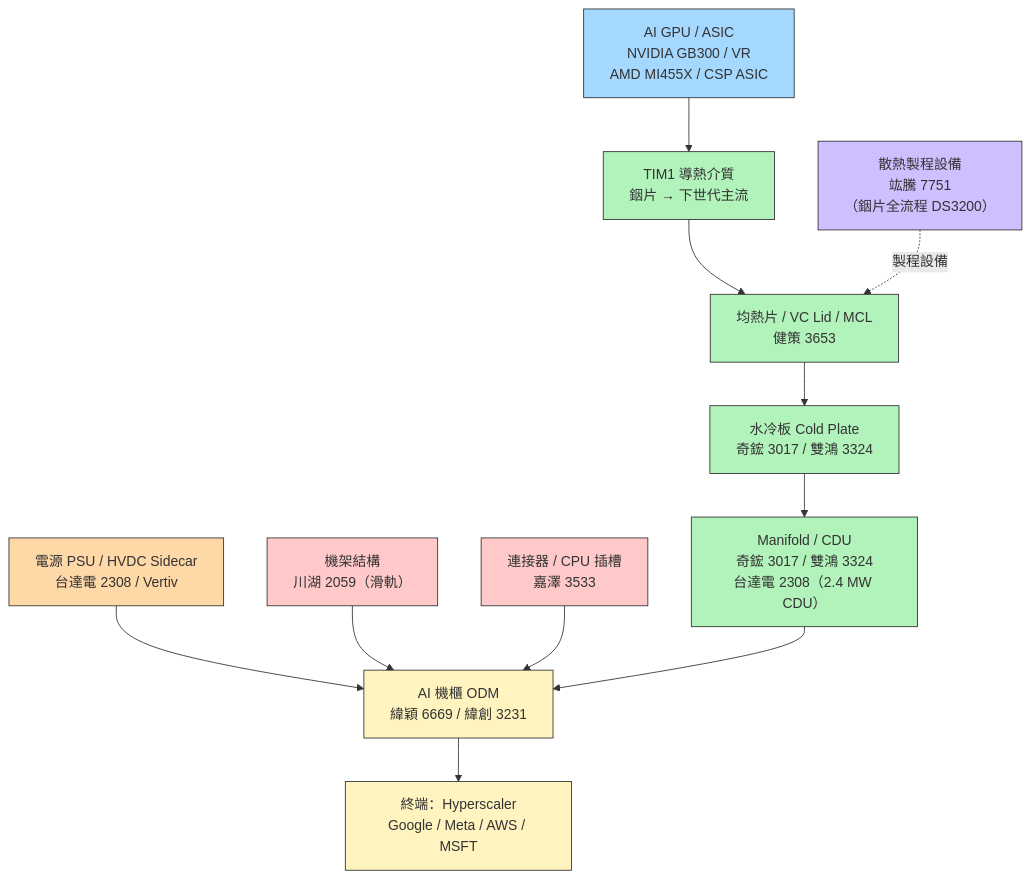
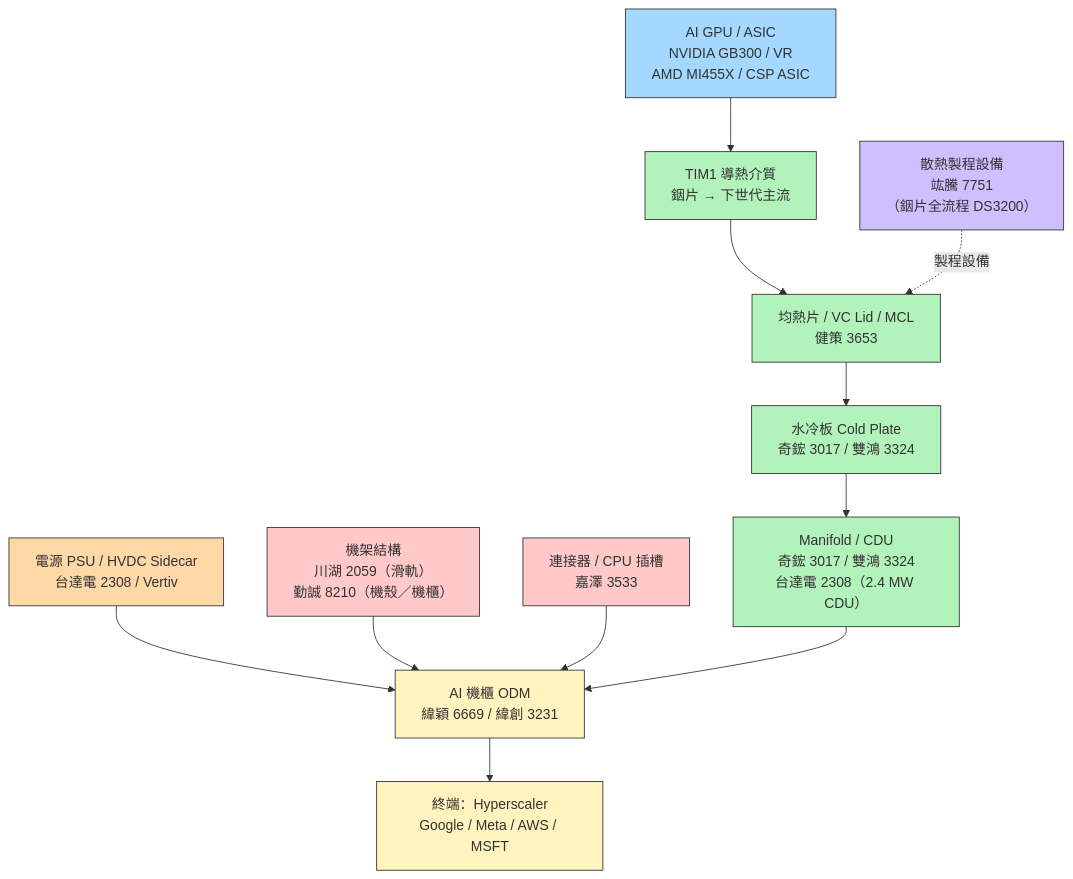
One commit to kevn950324/wiki_Stockv2 changed the diagram in content/lib/3.supply_chain/供應鏈_AI伺服器散熱.md. Above: the diagram before and after it, drawn with Mermaid. The commit also changed other lines of this file and 663 other files, not shown here.

````diff
--- a/content/lib/3.supply_chain/供應鏈_AI伺服器散熱.md
+++ b/content/lib/3.supply_chain/供應鏈_AI伺服器散熱.md
@@ -23,38 +24,38 @@
 ```mermaid
 flowchart TD
     GPU["AI GPU / ASIC<br/>NVIDIA GB300 / VR<br/>AMD MI455X / CSP ASIC"]
     TIM["TIM1 導熱介質<br/>銦片 → 下世代主流"]
     IHS["均熱片 / VC Lid / MCL<br/>健策 3653"]
     EQ["散熱製程設備<br/>竑騰 7751<br/>（銦片全流程 DS3200）"]
     CP["水冷板 Cold Plate<br/>奇鋐 3017 / 雙鴻 3324"]
     MF["Manifold / CDU<br/>奇鋐 3017 / 雙鴻 3324<br/>台達電 2308（2.4 MW CDU）"]
     PSU["電源 PSU / HVDC Sidecar<br/>台達電 2308 / Vertiv"]
-    RACK["機架結構<br/>川湖 2059（滑軌）"]
+    RACK["機架結構<br/>川湖 2059（滑軌）<br/>勤誠 8210（機殼／機櫃）"]
     CON["連接器 / CPU 插槽<br/>嘉澤 3533"]
     ODM["AI 機櫃 ODM<br/>緯穎 6669 / 緯創 3231"]
     CSP["終端：Hyperscaler<br/>Google / Meta / AWS / MSFT"]
 
     GPU --> TIM
     TIM --> IHS
     EQ -. 製程設備 .-> IHS
     IHS --> CP
     CP --> MF
     PSU --> ODM
     RACK --> ODM
     CON --> ODM
     MF --> ODM
     ODM --> CSP
 
     classDef chip fill:#a5d8ff,stroke:#333
     classDef thermal fill:#b2f2bb,stroke:#333
     classDef power fill:#ffd8a8,stroke:#333
     classDef struct fill:#ffc9c9,stroke:#333
     classDef proc fill:#d0bfff,stroke:#333
     classDef cust fill:#fff3bf,stroke:#333
     class GPU chip
     class TIM,IHS,CP,MF thermal
     class PSU power
     class RACK,CON struct
     class EQ proc
     class ODM,CSP cust
 ```
````
